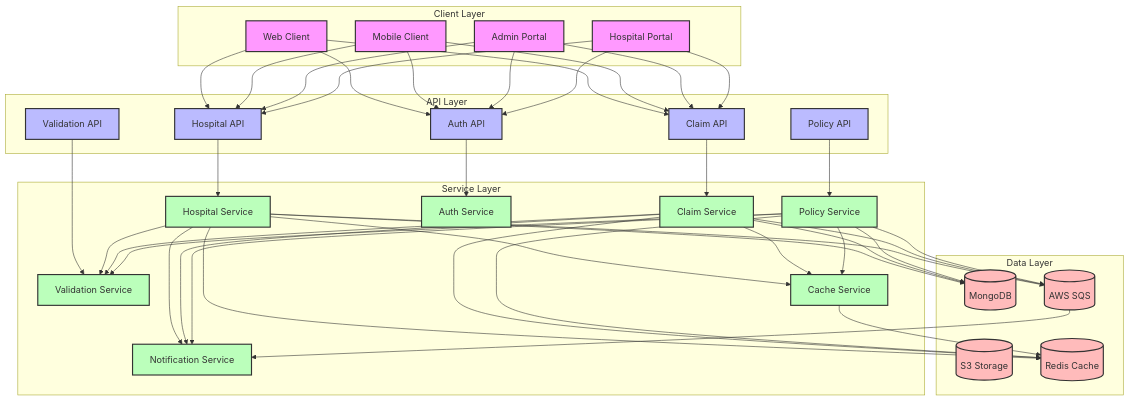
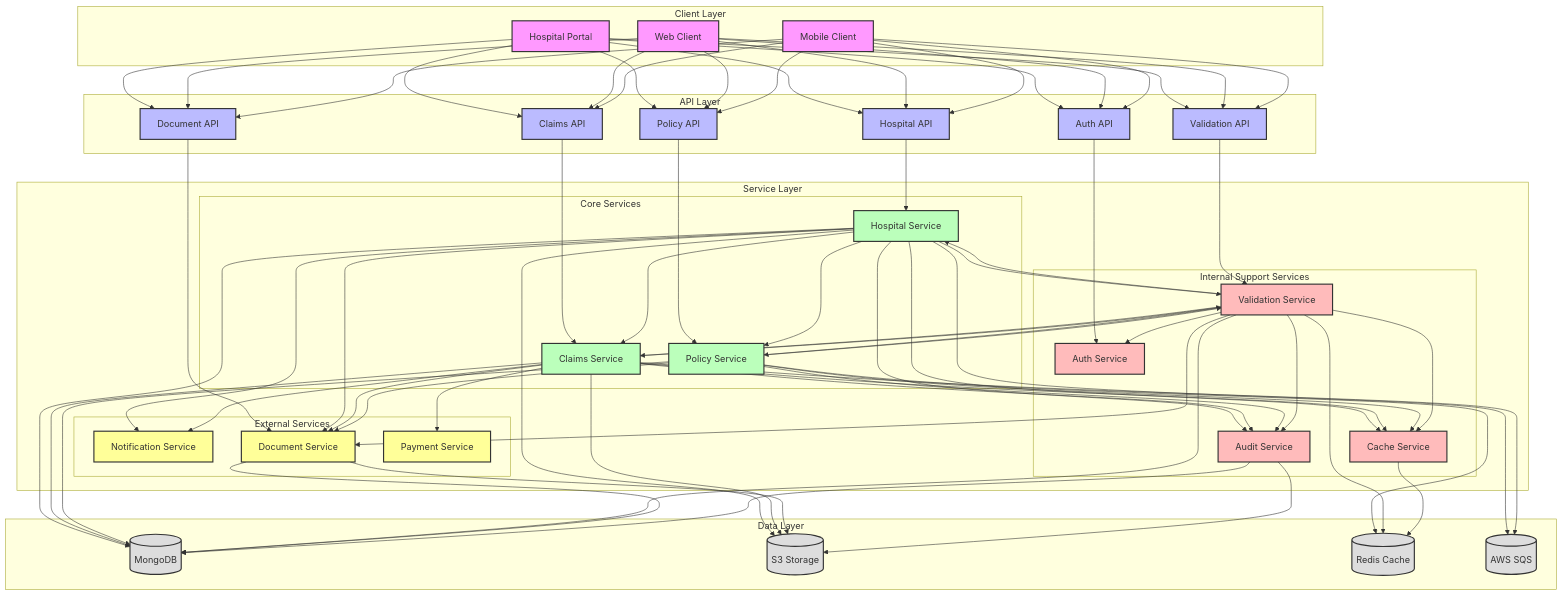
The first of 2 diagrams in docs/flows/hospital-integration.md (hayatonsurity/documentation), drawn with Mermaid before and after one commit. The commit also changed other lines of this file and 12 other files, not shown here.

Commit message:
Corrected the diagrams and APIs

````diff
--- a/docs/flows/hospital-integration.md
+++ b/docs/flows/hospital-integration.md
@@ -8,91 +8,137 @@
 ```mermaid
 graph TB
-    subgraph Client Layer
+    %% Client Layer
+    subgraph ClientLayer[Client Layer]
+        HospitalPortal[Hospital Portal]
         Web[Web Client]
         Mobile[Mobile Client]
-        AdminPortal[Admin Portal]
-        HospitalPortal[Hospital Portal]
     end
 
-    subgraph API Layer
+    %% API Layer
+    subgraph APILayer[API Layer]
         HospitalAPI[Hospital API]
-        ClaimAPI[Claim API]
+        ValidationAPI[Validation API]
         AuthAPI[Auth API]
-        ValidationAPI[Validation API]
+        ClaimsAPI[Claims API]
         PolicyAPI[Policy API]
+        DocumentAPI[Document API]
     end
 
-    subgraph Service Layer
-        HospitalService[Hospital Service]
-        ClaimService[Claim Service]
-        NotificationService[Notification Service]
-        AuthService[Auth Service]
-        ValidationService[Validation Service]
-        CacheService[Cache Service]
-        PolicyService[Policy Service]
+    %% Service Layer
+    subgraph ServiceLayer[Service Layer]
+        subgraph CoreServices[Core Services]
+            HospitalService[Hospital Service]
+            ClaimsService[Claims Service]
+            PolicyService[Policy Service]
+        end
+        
+        subgraph InternalServices[Internal Support Services]
+            ValidationService[Validation Service]
+            AuthService[Auth Service]
+            CacheService[Cache Service]
+            AuditService[Audit Service]
+        end
+
+        subgraph ExternalServices[External Services]
+            NotificationService[Notification Service]
+            DocumentService[Document Service]
+            PaymentService[Payment Service]
+        end
     end
 
-    subgraph Data Layer
+    %% Data Layer
+    subgraph DataLayer[Data Layer]
         DB[(MongoDB)]
         S3[(S3 Storage)]
         Cache[(Redis Cache)]
         Queue[(AWS SQS)]
     end
 
-    %% Client Layer Connections
+    %% Client to API Connections
+    HospitalPortal --> HospitalAPI
+    HospitalPortal --> AuthAPI
+    HospitalPortal --> ClaimsAPI
+    HospitalPortal --> PolicyAPI
+    HospitalPortal --> DocumentAPI
+    HospitalPortal --> ValidationAPI
+    Web --> HospitalAPI
     Web --> AuthAPI
+    Web --> ClaimsAPI
+    Web --> PolicyAPI
+    Web --> DocumentAPI
+    Web --> ValidationAPI
+    Mobile --> HospitalAPI
     Mobile --> AuthAPI
-    AdminPortal --> AuthAPI
-    HospitalPortal --> AuthAPI
-    Web --> HospitalAPI
-    Mobile --> HospitalAPI
-    AdminPortal --> HospitalAPI
-    HospitalPortal --> HospitalAPI
-    Web --> ClaimAPI
-    Mobile --> ClaimAPI
-    AdminPortal --> ClaimAPI
-    HospitalPortal --> ClaimAPI
+    Mobile --> ClaimsAPI
+    Mobile --> PolicyAPI
+    Mobile --> DocumentAPI
+    Mobile --> ValidationAPI
 
-    %% API Layer Connections
+    %% API to Service Connections
+    HospitalAPI --> HospitalService
+    ValidationAPI --> ValidationService
     AuthAPI --> AuthService
-    HospitalAPI --> HospitalService
-    ClaimAPI --> ClaimService
-    ValidationAPI --> ValidationService
+    ClaimsAPI --> ClaimsService
     PolicyAPI --> PolicyService
+    DocumentAPI --> DocumentService
 
-    %% Service Layer Connections
+    %% Core Service Connections
     HospitalService --> ValidationService
-    ClaimService --> ValidationService
+    HospitalService --> NotificationService
+    HospitalService --> ClaimsService
+    HospitalService --> PolicyService
+    HospitalService --> CacheService
+    HospitalService --> DocumentService
+    HospitalService --> AuditService
+    ClaimsService --> ValidationService
+    ClaimsService --> NotificationService
+    ClaimsService --> CacheService
+    ClaimsService --> DocumentService
+    ClaimsService --> AuditService
+    ClaimsService --> PaymentService
     PolicyService --> ValidationService
-    HospitalService --> NotificationService
-    ClaimService --> NotificationService
-    PolicyService --> NotificationService
-    HospitalService --> CacheService
-    ClaimService --> CacheService
     PolicyService --> CacheService
+    PolicyService --> DocumentService
+    PolicyService --> AuditService
+
+    %% Validation Service Connections
+    ValidationService --> HospitalService
+    ValidationService --> ClaimsService
+    ValidationService --> PolicyService
+    ValidationService --> DocumentService
+    ValidationService --> AuthService
+    ValidationService --> CacheService
+    ValidationService --> AuditService
 
     %% Service to Data Connections
     HospitalService --> DB
-    ClaimService --> DB
+    HospitalService --> S3
+    HospitalService --> Queue
+    ClaimsService --> DB
+    ClaimsService --> S3
+    ClaimsService --> Queue
     PolicyService --> DB
-    HospitalService --> Cache
-    ClaimService --> Cache
     PolicyService --> Cache
-    HospitalService --> Queue
-    ClaimService --> Queue
-    PolicyService --> Queue
-
-    %% Data Layer Connections
-    Queue --> NotificationService
+    ValidationService --> DB
+    ValidationService --> Cache
+    DocumentService --> DB
+    DocumentService --> S3
+    AuditService --> DB
+    AuditService --> S3
     CacheService --> Cache
 
+    %% Styling
     classDef client fill:#f9f,stroke:#333,stroke-width:2px
     classDef api fill:#bbf,stroke:#333,stroke-width:2px
-    classDef service fill:#bfb,stroke:#333,stroke-width:2px
-    classDef data fill:#fbb,stroke:#333,stroke-width:2px
+    classDef coreService fill:#bfb,stroke:#333,stroke-width:2px
+    classDef internalService fill:#fbb,stroke:#333,stroke-width:2px
+    classDef externalService fill:#ff9,stroke:#333,stroke-width:2px
+    classDef data fill:#ddd,stroke:#333,stroke-width:2px
 
-    class Web,Mobile,AdminPortal,HospitalPortal client
-    class HospitalAPI,ClaimAPI,AuthAPI,ValidationAPI,PolicyAPI api
-    class HospitalService,ClaimService,NotificationService,AuthService,ValidationService,CacheService,PolicyService service
+    class HospitalPortal,Web,Mobile client
+    class HospitalAPI,ValidationAPI,AuthAPI,ClaimsAPI,PolicyAPI,DocumentAPI api
+    class HospitalService,ClaimsService,PolicyService coreService
+    class ValidationService,AuthService,CacheService,AuditService internalService
+    class NotificationService,DocumentService,PaymentService externalService
     class DB,S3,Cache,Queue data
 ```
````
